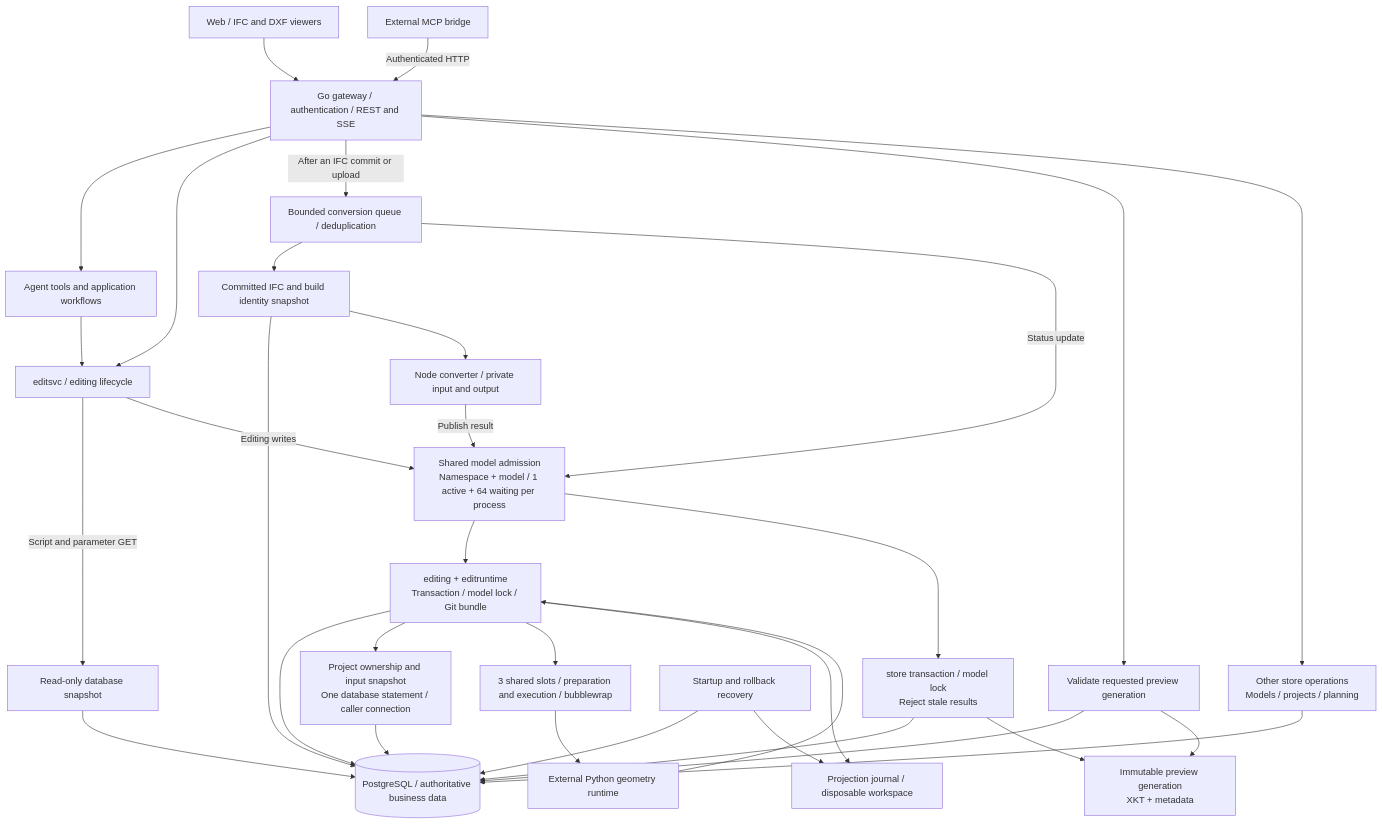
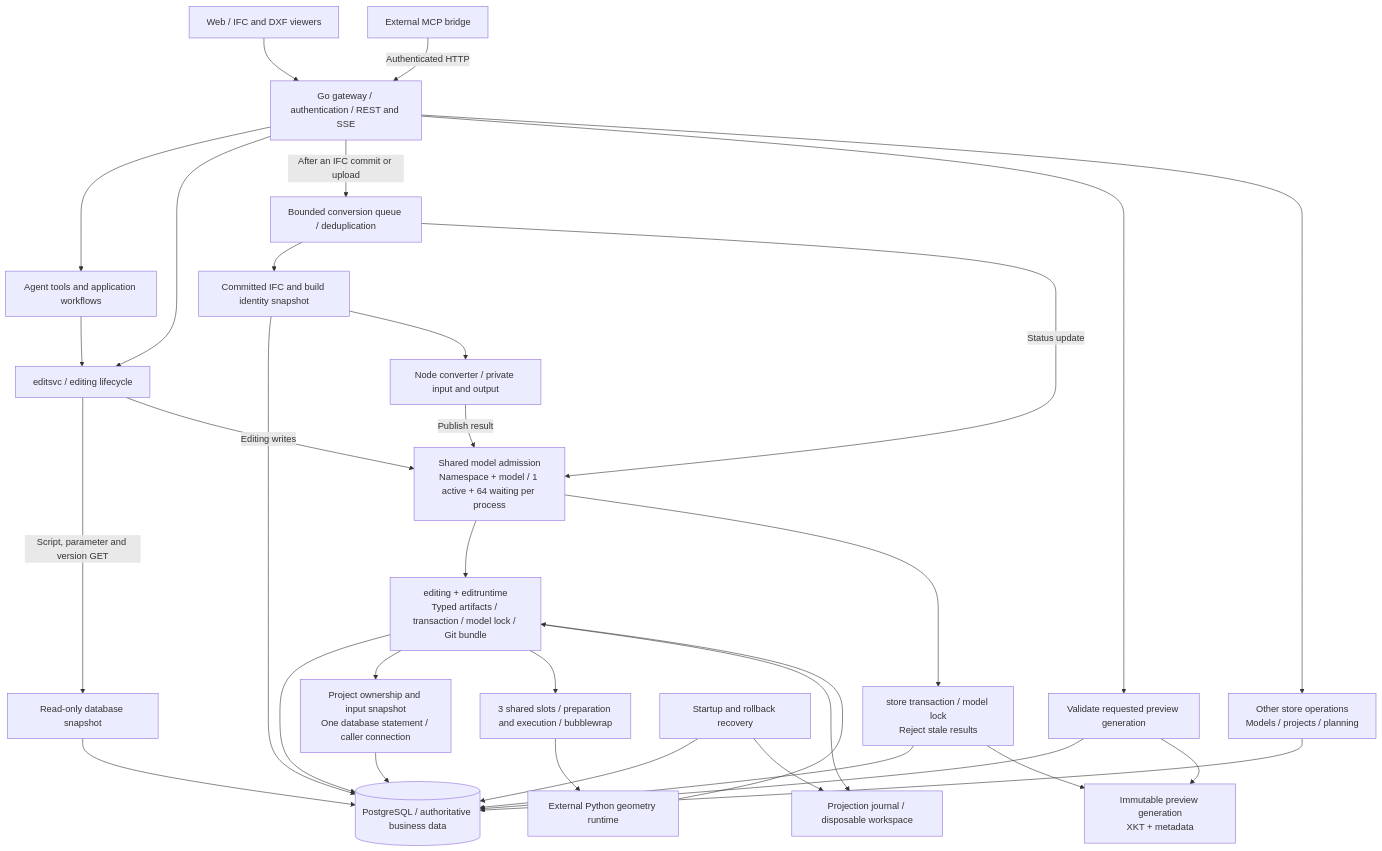
Before and after one commit to 0702hjj/SourceAEC: the first of 2 diagrams in README.md, drawn with Mermaid. The commit also changed other lines of this file and 20 other files, not shown here.

Commit message:
Make immutable version history database authoritative

````diff
--- a/README.md
+++ b/README.md
@@ -28,35 +28,35 @@
 ```mermaid
 flowchart TB
     WEB[Web / IFC and DXF viewers] --> API[Go gateway / authentication / REST and SSE]
     MCP[External MCP bridge] -->|Authenticated HTTP| API
     API --> AGENT[Agent tools and application workflows]
     API --> EDIT[editsvc / editing lifecycle]
     AGENT --> EDIT
-    EDIT -->|Script and parameter GET| READ[Read-only database snapshot]
+    EDIT -->|Script, parameter and version GET| READ[Read-only database snapshot]
     READ --> PG[(PostgreSQL / authoritative business data)]
     EDIT -->|Editing writes| GATE[Shared model admission<br/>Namespace + model / 1 active + 64 waiting per process]
-    GATE --> WRITE[editing + editruntime<br/>Transaction / model lock / Git bundle]
+    GATE --> WRITE[editing + editruntime<br/>Typed artifacts / transaction / model lock / Git bundle]
     WRITE --> PG
     WRITE --> INPUT[Project ownership and input snapshot<br/>One database statement / caller connection]
     INPUT --> PG
     WRITE --> SANDBOX[3 shared slots / preparation and execution / bubblewrap]
     SANDBOX --> PY[External Python geometry runtime]
     PY --> WRITE
     WRITE --> JOURNAL[Projection journal / disposable workspace]
     API -->|After an IFC commit or upload| QUEUE[Bounded conversion queue / deduplication]
     QUEUE --> SOURCE[Committed IFC and build identity snapshot]
     SOURCE --> PG
     SOURCE --> NODE[Node converter / private input and output]
     NODE -->|Publish result| GATE
     QUEUE -->|Status update| GATE
     GATE --> DERIVED[store transaction / model lock<br/>Reject stale results]
     DERIVED --> PG
     DERIVED --> CACHE[Immutable preview generation<br/>XKT + metadata]
     API --> VIEW[Validate requested preview generation]
     VIEW --> PG
     VIEW --> CACHE
     RECOVER[Startup and rollback recovery] --> PG
     RECOVER --> JOURNAL
     API --> OTHER[Other store operations<br/>Models / projects / planning]
     OTHER --> PG
 ```
````
